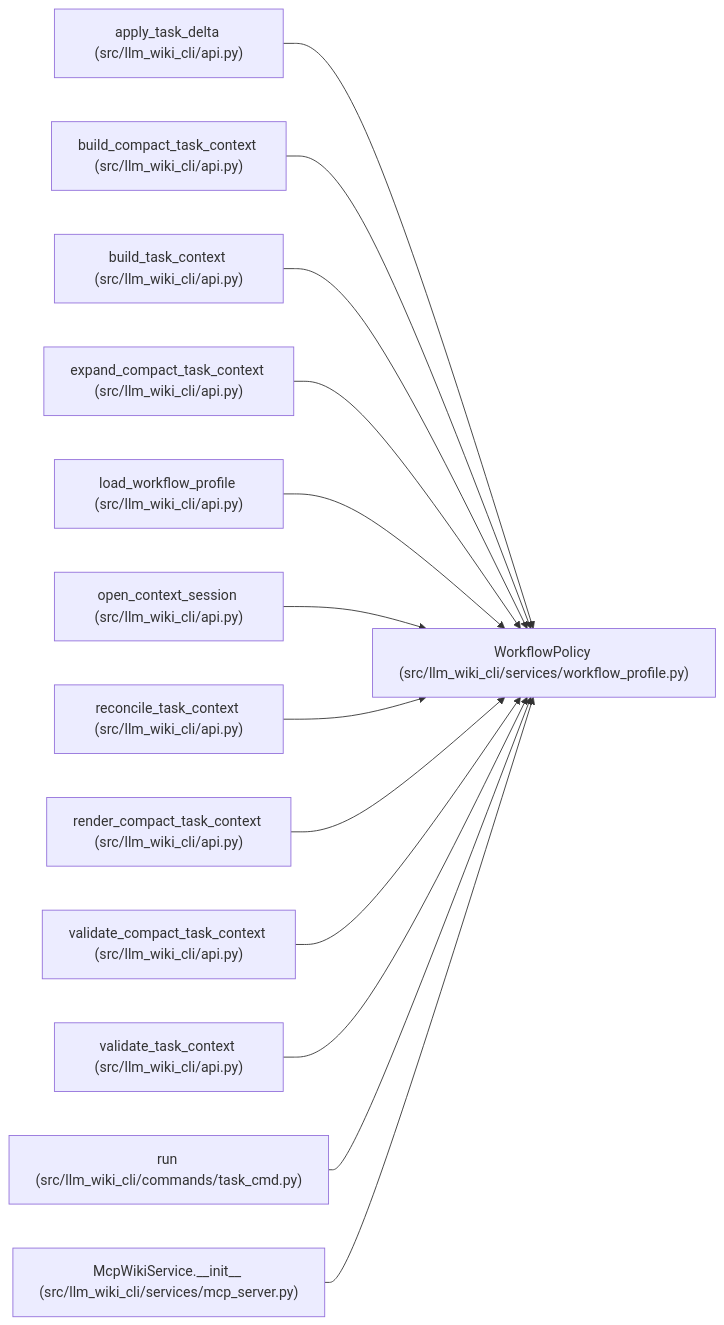
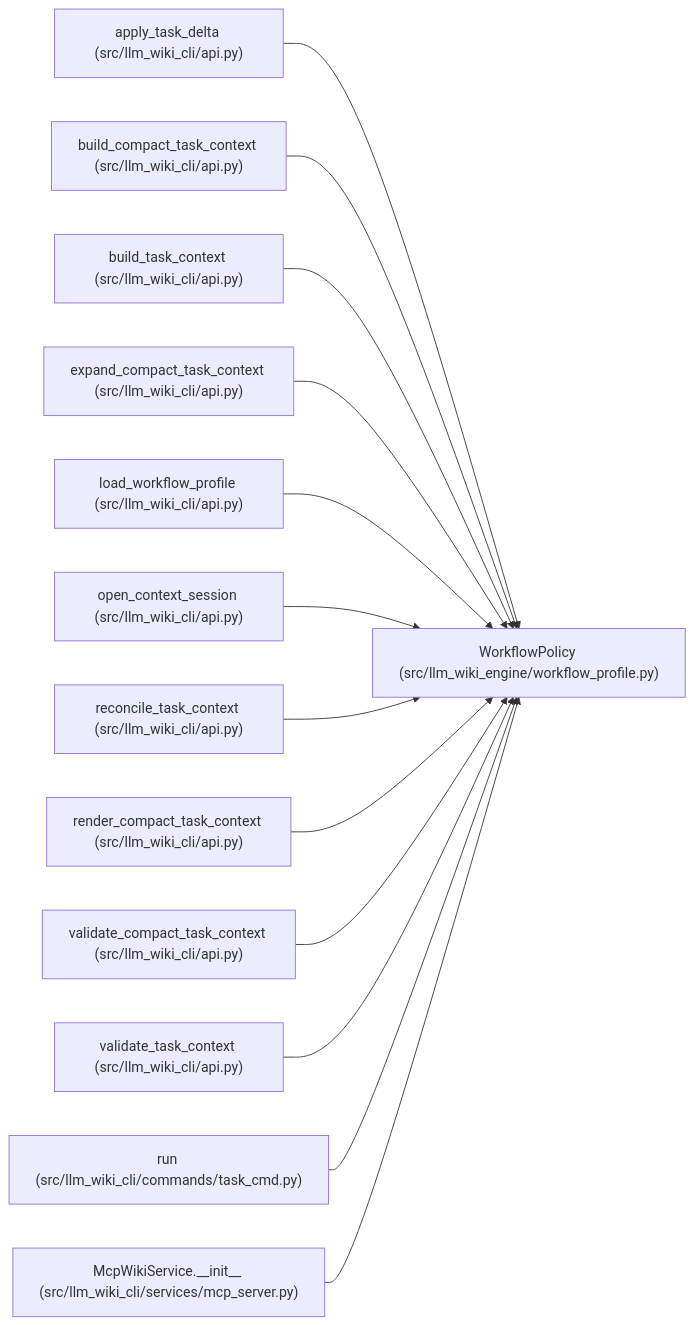
The diagram in docs/llm_wiki/entities/WorkflowPolicy.md (Denissvgn/python-wiki-llm), drawn with Mermaid before and after one commit. The commit also changed other lines of this file and 1103 other files, not shown here.

First line of the commit message:
docs: refresh the wiki for the llm-wiki-engine distribution

````diff
--- a/docs/llm_wiki/entities/WorkflowPolicy.md
+++ b/docs/llm_wiki/entities/WorkflowPolicy.md
@@ -38,41 +38,41 @@
 ```mermaid
 flowchart LR
-    n0["WorkflowPolicy (src/llm_wiki_cli/services/workflow_profile.py)"]
+    n0["WorkflowPolicy (src/llm_wiki_engine/workflow_profile.py)"]
     n1["apply_task_delta (src/llm_wiki_cli/api.py)"]
     n2["build_compact_task_context (src/llm_wiki_cli/api.py)"]
     n3["build_task_context (src/llm_wiki_cli/api.py)"]
     n4["expand_compact_task_context (src/llm_wiki_cli/api.py)"]
     n5["load_workflow_profile (src/llm_wiki_cli/api.py)"]
     n6["open_context_session (src/llm_wiki_cli/api.py)"]
     n7["reconcile_task_context (src/llm_wiki_cli/api.py)"]
     n8["render_compact_task_context (src/llm_wiki_cli/api.py)"]
     n9["validate_compact_task_context (src/llm_wiki_cli/api.py)"]
     n10["validate_task_context (src/llm_wiki_cli/api.py)"]
     n11["run (src/llm_wiki_cli/commands/task_cmd.py)"]
     n12["McpWikiService.__init__ (src/llm_wiki_cli/services/mcp_server.py)"]
     n1 --> n0
     n2 --> n0
     n3 --> n0
     n4 --> n0
     n5 --> n0
     n6 --> n0
     n7 --> n0
     n8 --> n0
     n9 --> n0
     n10 --> n0
     n11 --> n0
     n12 --> n0
     click n0 "../modules/workflow_profile.md"
     click n1 "../modules/api.md"
     click n2 "../modules/api.md"
     click n3 "../modules/api.md"
     click n4 "../modules/api.md"
     click n5 "../modules/api.md"
     click n6 "../modules/api.md"
     click n7 "../modules/api.md"
     click n8 "../modules/api.md"
     click n9 "../modules/api.md"
     click n10 "../modules/api.md"
     click n11 "../modules/task_cmd.md"
     click n12 "../modules/mcp_server.md"
 ```
````
